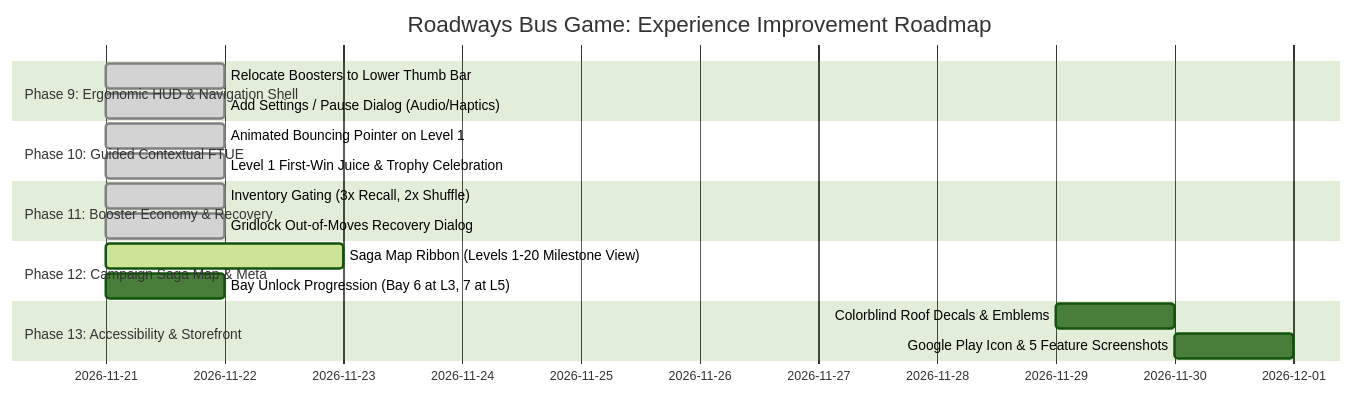
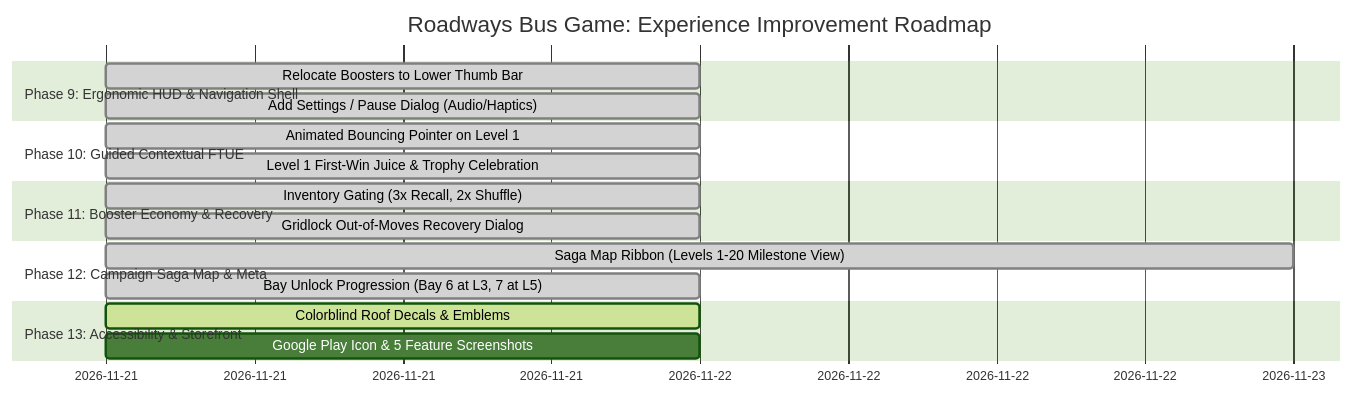
Before and after one commit to mohansharma916/Roadways-Bus-: the fifth of 5 diagrams in GAME_EXPERIENCE_AUDIT_AND_ROADMAP.md, drawn with Mermaid (forest theme). The commit also changed 3 other files, not shown here.

Commit message:
feat(phase12): implement campaign saga map modal and progressive milestone bay unlocks

````diff
--- a/GAME_EXPERIENCE_AUDIT_AND_ROADMAP.md
+++ b/GAME_EXPERIENCE_AUDIT_AND_ROADMAP.md
@@ -305,20 +305,20 @@
 ```mermaid
 gantt
     title Roadways Bus Game: Experience Improvement Roadmap
     dateFormat  YYYY-MM-DD
     section Phase 9: Ergonomic HUD & Navigation Shell
     Relocate Boosters to Lower Thumb Bar      :done,    des1, 2026-11-21, 1d
     Add Settings / Pause Dialog (Audio/Haptics):done,    des2, 2026-11-21, 1d
     section Phase 10: Guided Contextual FTUE
     Animated Bouncing Pointer on Level 1       :done,    des3, 2026-11-21, 1d
     Level 1 First-Win Juice & Trophy Celebration:done,   des4, 2026-11-21, 1d
     section Phase 11: Booster Economy & Recovery
     Inventory Gating (3x Recall, 2x Shuffle)   :done,    des5, 2026-11-21, 1d
     Gridlock Out-of-Moves Recovery Dialog      :done,    des6, 2026-11-21, 1d
     section Phase 12: Campaign Saga Map & Meta
-    Saga Map Ribbon (Levels 1-20 Milestone View):active,  des7, 2026-11-21, 2d
-    Bay Unlock Progression (Bay 6 at L3, 7 at L5):      des8, 2026-11-21, 1d
+    Saga Map Ribbon (Levels 1-20 Milestone View):done,    des7, 2026-11-21, 2d
+    Bay Unlock Progression (Bay 6 at L3, 7 at L5):done,    des8, 2026-11-21, 1d
     section Phase 13: Accessibility & Storefront
-    Colorblind Roof Decals & Emblems           :         des9, 2026-11-29, 1d
-    Google Play Icon & 5 Feature Screenshots   :         des10, 2026-11-30, 1d
+    Colorblind Roof Decals & Emblems           :active,  des9, 2026-11-21, 1d
+    Google Play Icon & 5 Feature Screenshots   :         des10, 2026-11-21, 1d
 ```
````
